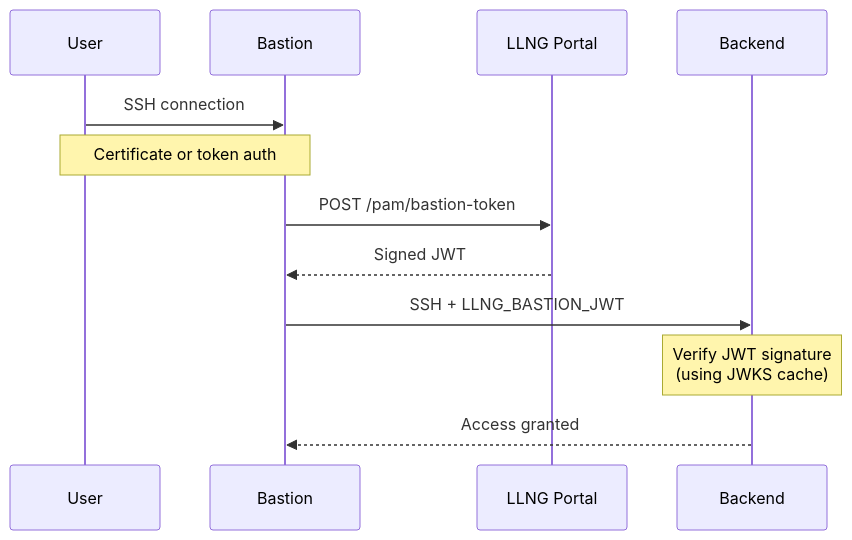
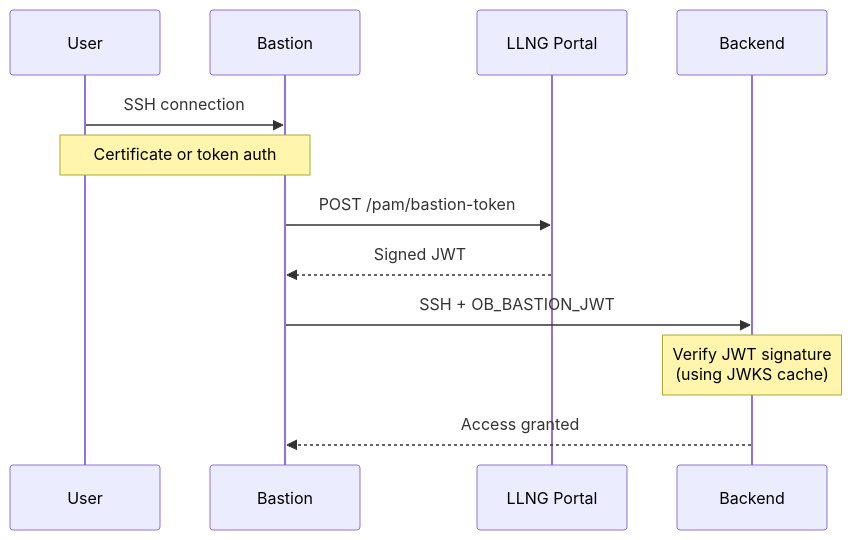
The diagram in README.md (linagora/llng-pam-module), drawn with Mermaid before and after one commit. The commit also changed other lines of this file and 56 other files, not shown here.

````diff
--- a/README.md
+++ b/README.md
@@ -616,17 +616,17 @@
 ```mermaid
 sequenceDiagram
     participant User
     participant Bastion
     participant LLNG as LLNG Portal
     participant Backend
 
     User->>Bastion: SSH connection
     Note over User,Bastion: Certificate or token auth
 
     Bastion->>LLNG: POST /pam/bastion-token
     LLNG-->>Bastion: Signed JWT
 
-    Bastion->>Backend: SSH + LLNG_BASTION_JWT
+    Bastion->>Backend: SSH + OB_BASTION_JWT
     Note over Backend: Verify JWT signature<br/>(using JWKS cache)
     Backend-->>Bastion: Access granted
 ```
````
